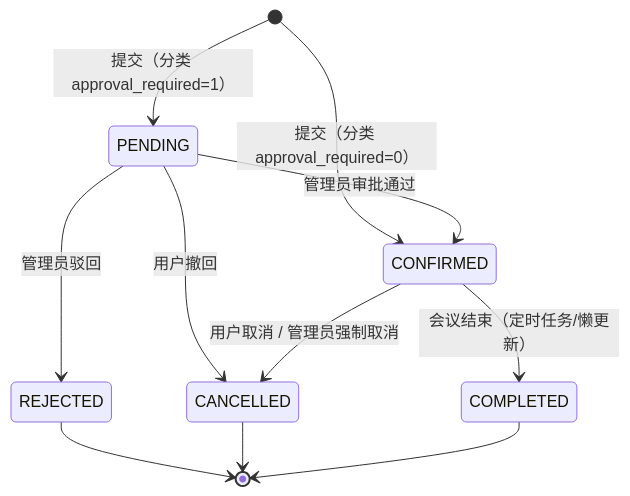
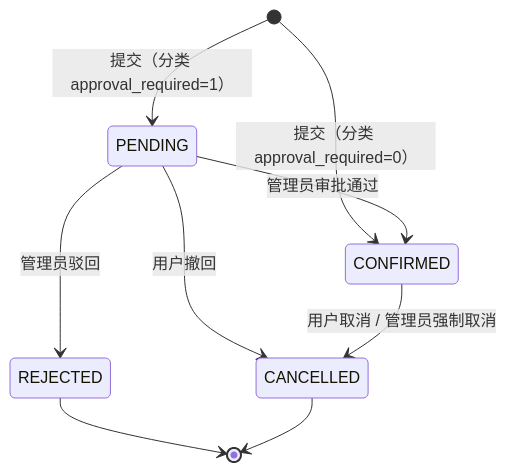
The second of 2 diagrams in docs/development-docs/数据库设计.md (zongxi-Li/time-slot-audit), drawn with Mermaid before and after one commit. The commit also changed other lines of this file and 35 other files, not shown here.

````diff
--- a/docs/development-docs/数据库设计.md
+++ b/docs/development-docs/数据库设计.md
@@ -228,13 +229,11 @@
 ```mermaid
 stateDiagram-v2
     [*] --> CONFIRMED : 提交（分类 approval_required=0）
     [*] --> PENDING : 提交（分类 approval_required=1）
     PENDING --> CONFIRMED : 管理员审批通过
     PENDING --> REJECTED : 管理员驳回
     PENDING --> CANCELLED : 用户撤回
-    CONFIRMED --> COMPLETED : 会议结束（定时任务/懒更新）
     CONFIRMED --> CANCELLED : 用户取消 / 管理员强制取消
     REJECTED --> [*]
     CANCELLED --> [*]
-    COMPLETED --> [*]
 ```
````
